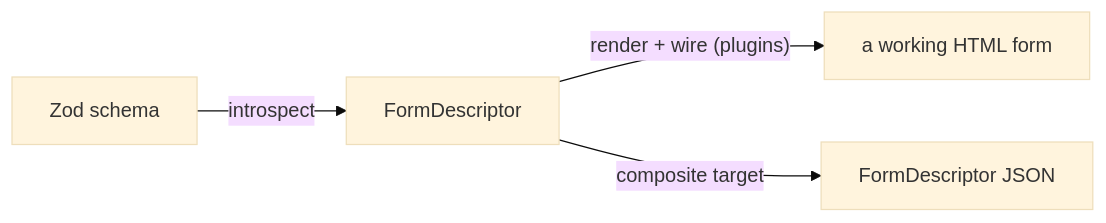
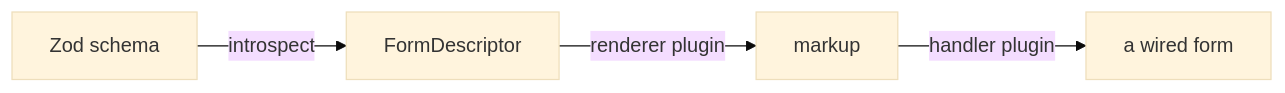
Before and after one commit to rafters-studio/kelex: the diagram in README.md, drawn with Mermaid (base theme). The commit also changed other lines of this file and 2 other files, not shown here.

First line of the commit message:
docs: rewrite for the plugin-host reality; plugin guide covers both surfaces

````diff
--- a/README.md
+++ b/README.md
@@ -11,6 +18,6 @@
 ```mermaid
 flowchart LR
   A["Zod schema"] -- introspect --> B["FormDescriptor"]
-  B -- "render + wire (plugins)" --> C["a working HTML form"]
-  B -- "composite target" --> D["FormDescriptor JSON"]
+  B -- "renderer plugin" --> C["markup"]
+  C -- "handler plugin" --> D["a wired form"]
 ```
````
